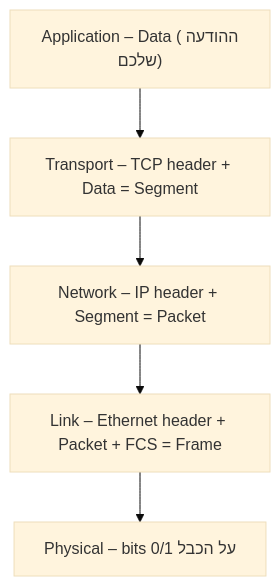
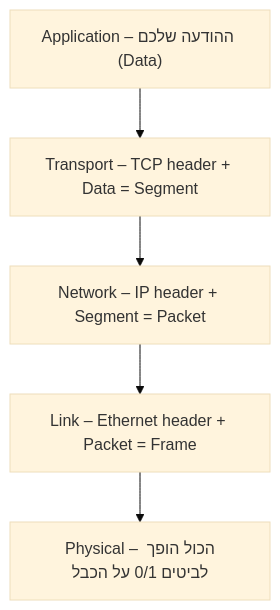
One commit to AhmadKais/network-security-course changed the second of 2 diagrams in Chapter_00b_Networking_Reminder/study_material.md. Above: the diagram before and after it, drawn with Mermaid (base theme). The commit also changed other lines of this file and 5 other files, not shown here.

````diff
--- a/Chapter_00b_Networking_Reminder/study_material.md
+++ b/Chapter_00b_Networking_Reminder/study_material.md
@@ -26,7 +141,7 @@
 ```mermaid
 graph TB
-  A["Application – Data (ההודעה שלכם)"] --> T["Transport – TCP header + Data = Segment"]
+  A["Application – ההודעה שלכם (Data)"] --> T["Transport – TCP header + Data = Segment"]
   T --> N["Network – IP header + Segment = Packet"]
-  N --> L["Link – Ethernet header + Packet + FCS = Frame"]
-  L --> P["Physical – bits 0/1 על הכבל"]
+  N --> L["Link – Ethernet header + Packet = Frame"]
+  L --> P["Physical – הכול הופך לביטים 0/1 על הכבל"]
 ```
````
